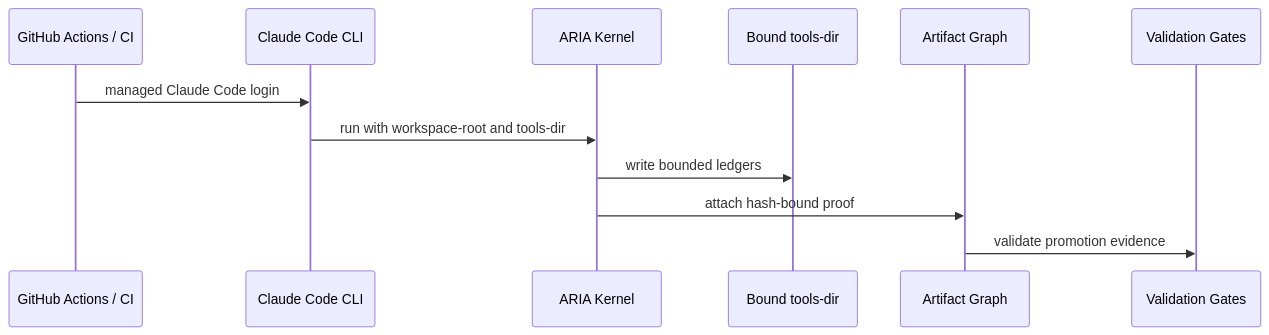
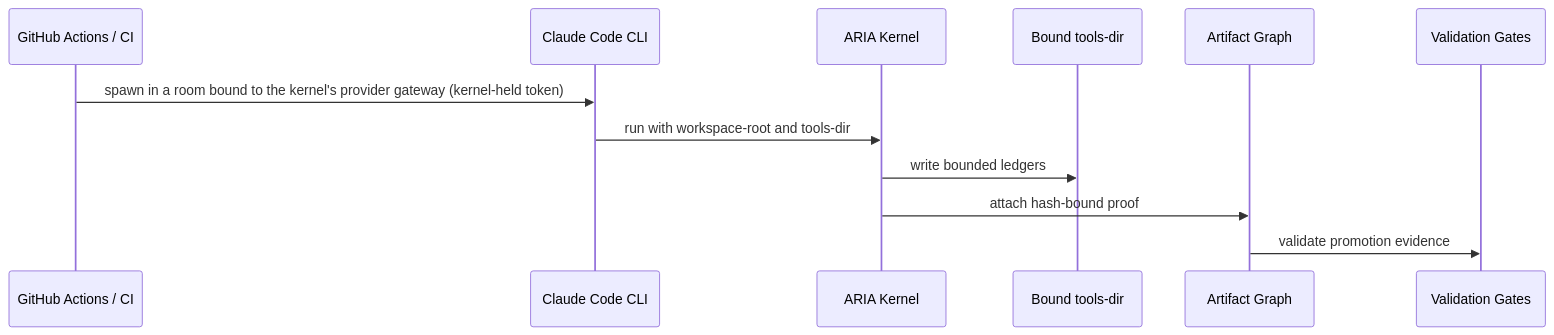
Diagram 20 of 30 in docs/aria/ARCHITECTURE.md (Okan-wqm/aquaculture_platform), drawn with Mermaid before and after one commit. The commit also changed other lines of this file and 7 other files, not shown here.

````diff
--- a/docs/aria/ARCHITECTURE.md
+++ b/docs/aria/ARCHITECTURE.md
@@ -894,15 +894,15 @@
 ```mermaid
 sequenceDiagram
   participant CI as GitHub Actions / CI
   participant Claude as Claude Code CLI
   participant Kernel as ARIA Kernel
   participant Tools as Bound tools-dir
   participant Artifacts as Artifact Graph
   participant Gates as Validation Gates
 
-  CI->>Claude: managed Claude Code login
+  CI->>Claude: spawn in a room bound to the kernel's provider gateway (kernel-held token)
   Claude->>Kernel: run with workspace-root and tools-dir
   Kernel->>Tools: write bounded ledgers
   Kernel->>Artifacts: attach hash-bound proof
   Artifacts->>Gates: validate promotion evidence
 ```
````
